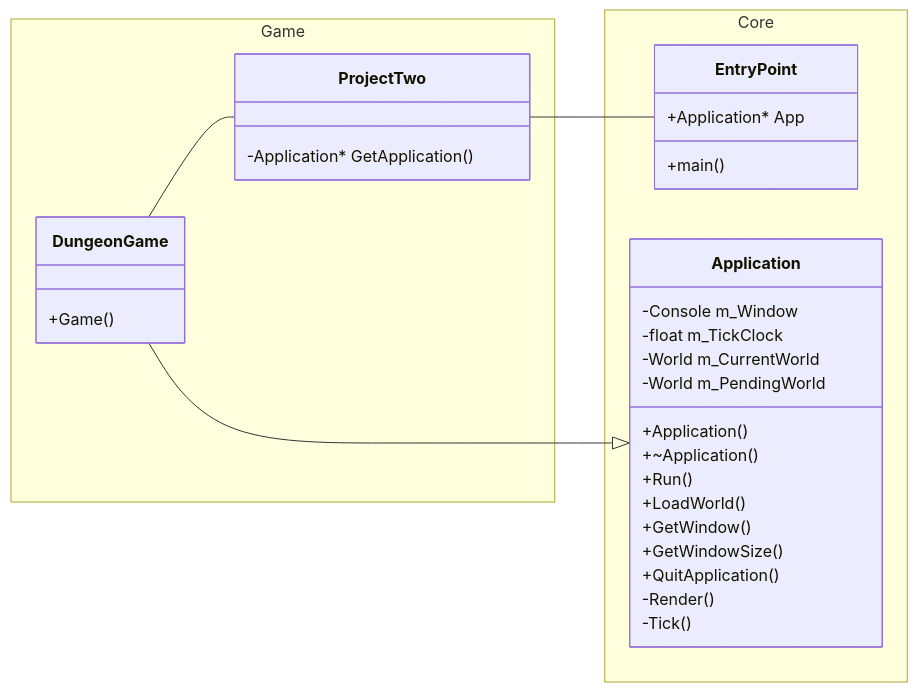
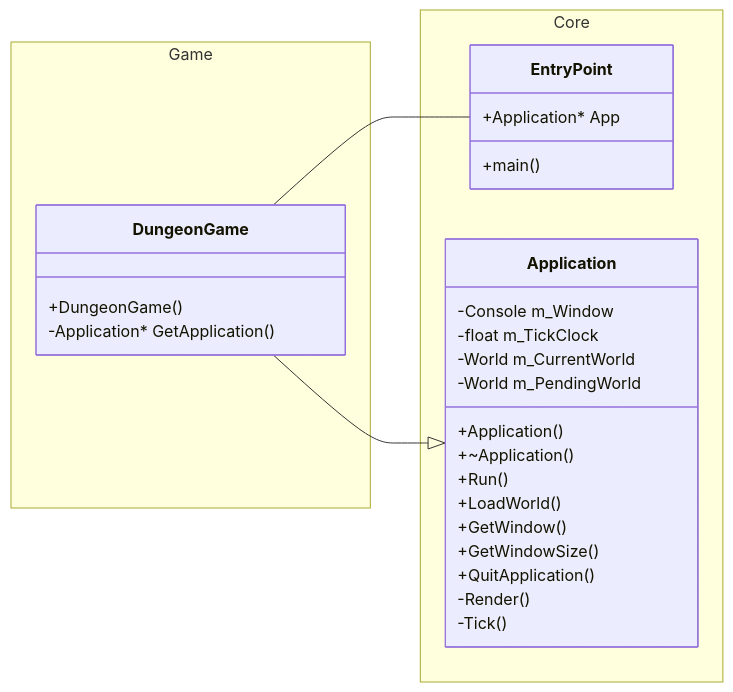
The third of 3 diagrams in ProjectTwo/JOURNAL.md (rfspencer/DungeonEngine), drawn with Mermaid before and after one commit. The commit also changed other lines of this file, not shown here.

````diff
--- a/ProjectTwo/JOURNAL.md
+++ b/ProjectTwo/JOURNAL.md
@@ -53,38 +98,35 @@
 ```mermaid
 classDiagram
     direction RL
-    EntryPoint -- ProjectTwo
-    ProjectTwo -- DungeonGame
+    EntryPoint -- DungeonGame
     Application <|-- DungeonGame
     namespace Game {
-        class ProjectTwo{
+        class DungeonGame{
+            +DungeonGame()
             -Application* GetApplication()
-        }
-        class DungeonGame{
-            +Game()
         } 
     }
     namespace Core{
         class EntryPoint{
             +main()
             +Application* App
         }   
         class Application{
             -Console m_Window
             -float m_TickClock
             -World m_CurrentWorld
             -World m_PendingWorld
 
             +Application()
             +~Application()
             +Run()
             +LoadWorld()
             +GetWindow()
             +GetWindowSize()
             +QuitApplication()
             -Render()
             -Tick()
         }
     }
     
 ```
````
